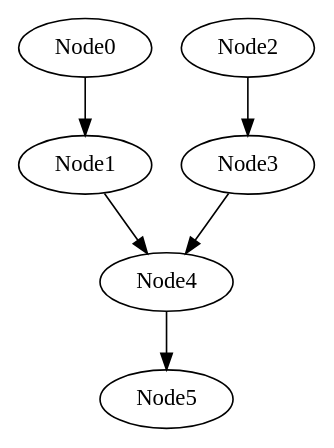
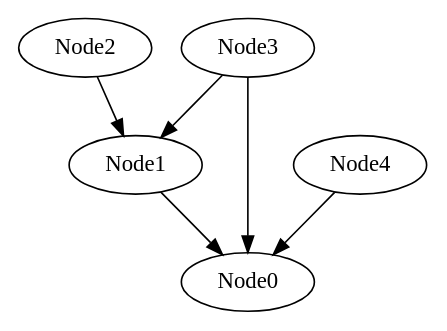
One commit to zephyr06/DAG_NLP changed the diagram in currGraph.gv. Above: the diagram before and after it, drawn with Graphviz. The commit also changed 11 other files, not shown here.

```diff
--- a/currGraph.gv
+++ b/currGraph.gv
@@ -1,19 +1,18 @@
 // The Round Table
 digraph {
 	Node0
 	Node1
 	Node2
 	Node3
 	Node4
-	Node5
-	Node2 -> Node3
+	Node2 -> Node1
 
-	Node0 -> Node1
+	Node4 -> Node0
 
-	Node1 -> Node4
+	Node3 -> Node0
 
-	Node3 -> Node4
+	Node3 -> Node1
 
-	Node4 -> Node5
+	Node1 -> Node0
 
 }
```
